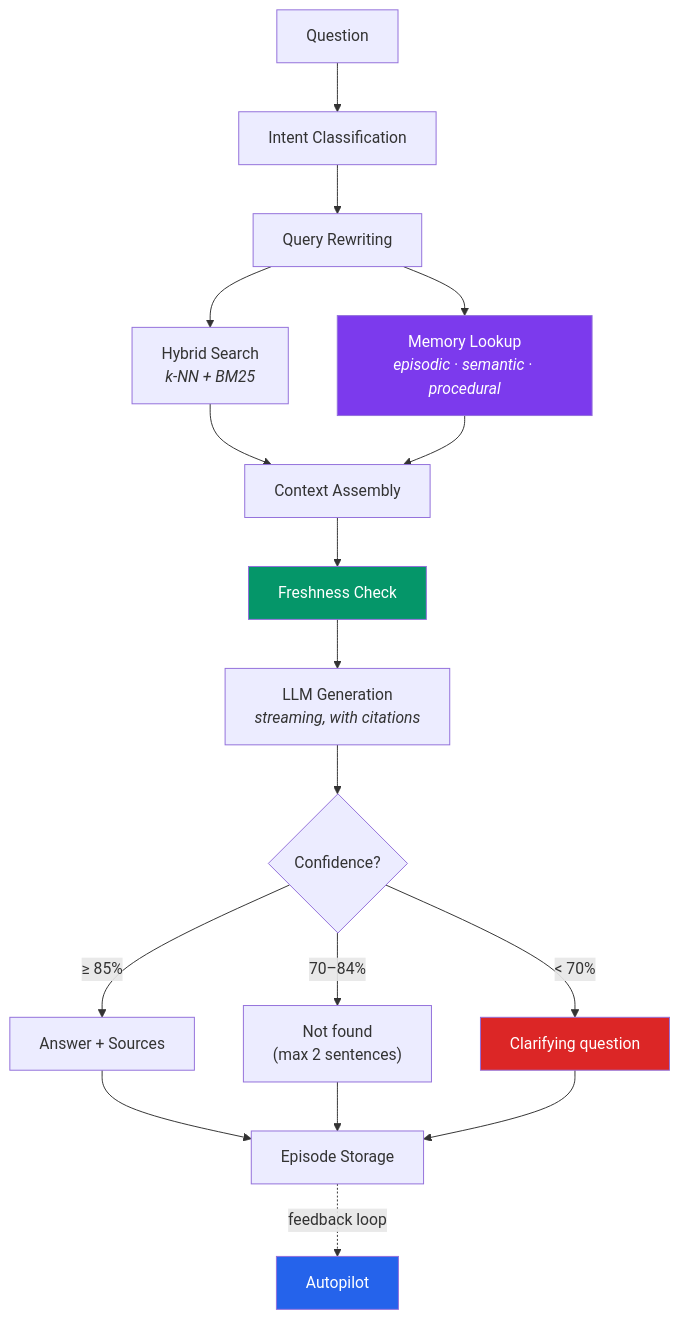
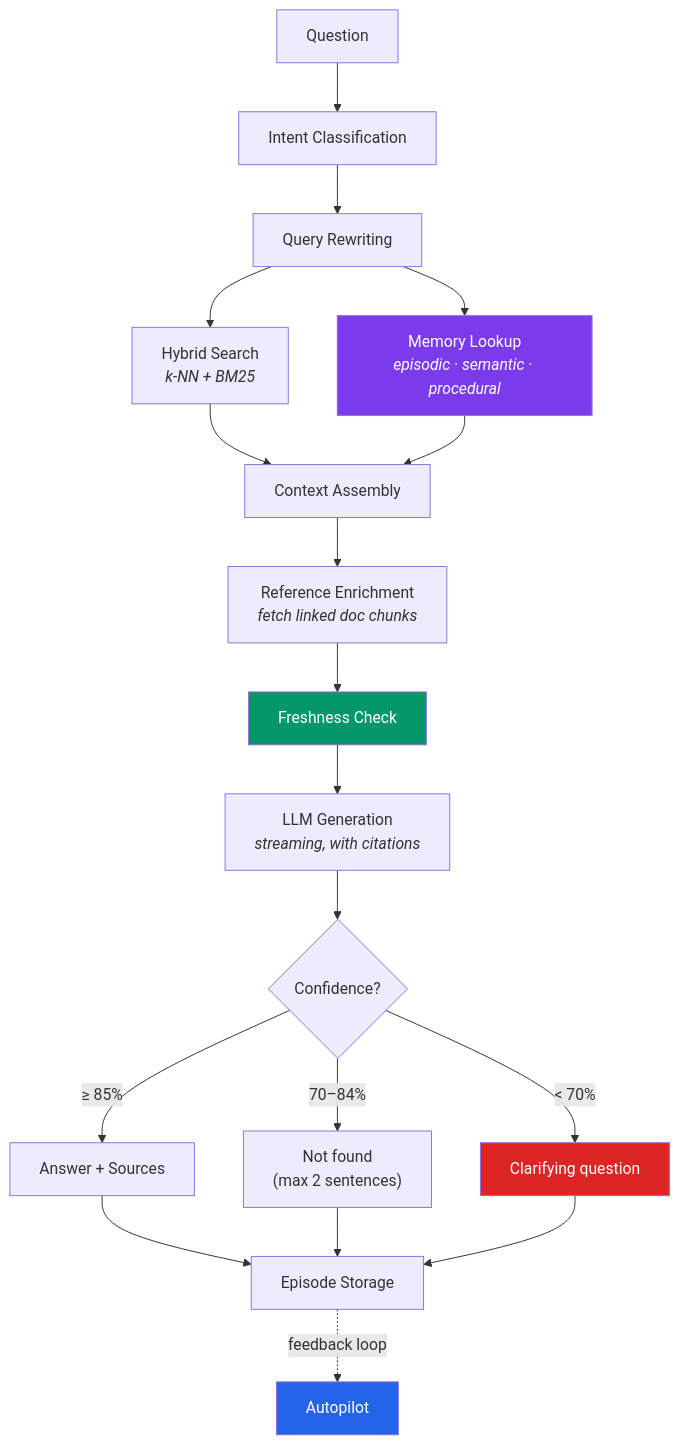
The second of 2 diagrams in README.md (docbrain-ai/docbrain), drawn with Mermaid before and after one commit. The commit also changed other lines of this file and 4 other files, not shown here.

````diff
--- a/README.md
+++ b/README.md
@@ -179,22 +180,23 @@
 ```mermaid
 graph TB
     Q["Question"] --> IC["Intent Classification"]
     IC --> QR["Query Rewriting"]
     QR --> HS["Hybrid Search<br/><i>k-NN + BM25</i>"]
     QR --> ML["Memory Lookup<br/><i>episodic · semantic · procedural</i>"]
     HS --> CA["Context Assembly"]
     ML --> CA
-    CA --> FS["Freshness Check"]
+    CA --> RE["Reference Enrichment<br/><i>fetch linked doc chunks</i>"]
+    RE --> FS["Freshness Check"]
     FS --> LLM["LLM Generation<br/><i>streaming, with citations</i>"]
     LLM --> CF{"Confidence?"}
     CF -->|"≥ 85%"| R["Answer + Sources"]
     CF -->|"70–84%"| NF["Not found<br/>(max 2 sentences)"]
     CF -->|"< 70%"| CQ["Clarifying question"]
     R & NF & CQ --> EP["Episode Storage"]
     EP -. "feedback loop" .-> AP["Autopilot"]
 
     style AP fill:#2563eb,color:#fff
     style FS fill:#059669,color:#fff
     style ML fill:#7c3aed,color:#fff
     style CQ fill:#dc2626,color:#fff
 ```
````
